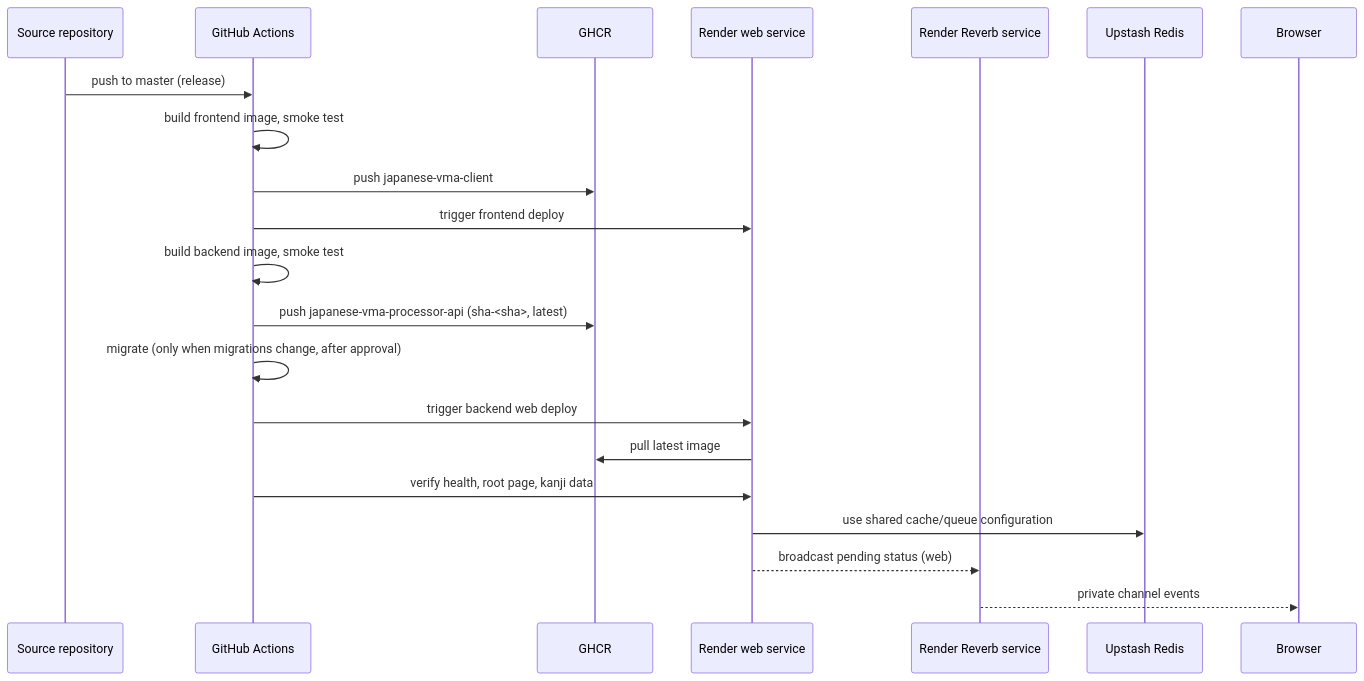
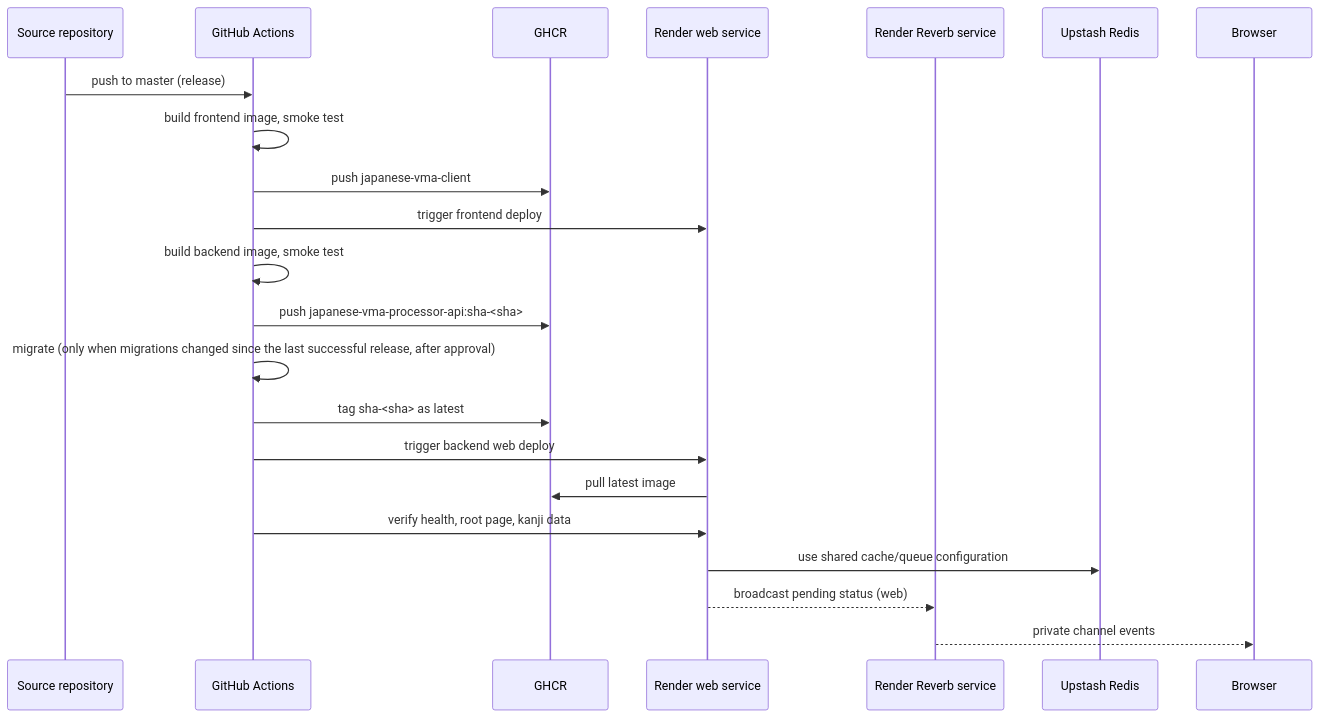
Before and after one commit to av3000/japanese-vma: the diagram in docs/architecture/deployment-and-runtime.md, drawn with Mermaid. The commit also changed other lines of this file and 5 other files, not shown here.

````diff
--- a/docs/architecture/deployment-and-runtime.md
+++ b/docs/architecture/deployment-and-runtime.md
@@ -32,24 +32,25 @@
 ```mermaid
 sequenceDiagram
     participant Git as Source repository
     participant GHA as GitHub Actions
     participant Registry as GHCR
     participant Render as Render web service
     participant Reverb as Render Reverb service
     participant Redis as Upstash Redis
 
     Git->>GHA: push to master (release)
     GHA->>GHA: build frontend image, smoke test
     GHA->>Registry: push japanese-vma-client
     GHA->>Render: trigger frontend deploy
 
     GHA->>GHA: build backend image, smoke test
-    GHA->>Registry: push japanese-vma-processor-api (sha-<sha>, latest)
-    GHA->>GHA: migrate (only when migrations change, after approval)
+    GHA->>Registry: push japanese-vma-processor-api:sha-<sha>
+    GHA->>GHA: migrate (only when migrations changed since the last successful release, after approval)
+    GHA->>Registry: tag sha-<sha> as latest
     GHA->>Render: trigger backend web deploy
     Render->>Registry: pull latest image
     GHA->>Render: verify health, root page, kanji data
     Render->>Redis: use shared cache/queue configuration
     Render-->>Reverb: broadcast pending status (web)
     Reverb-->>Browser: private channel events
 ```
````
